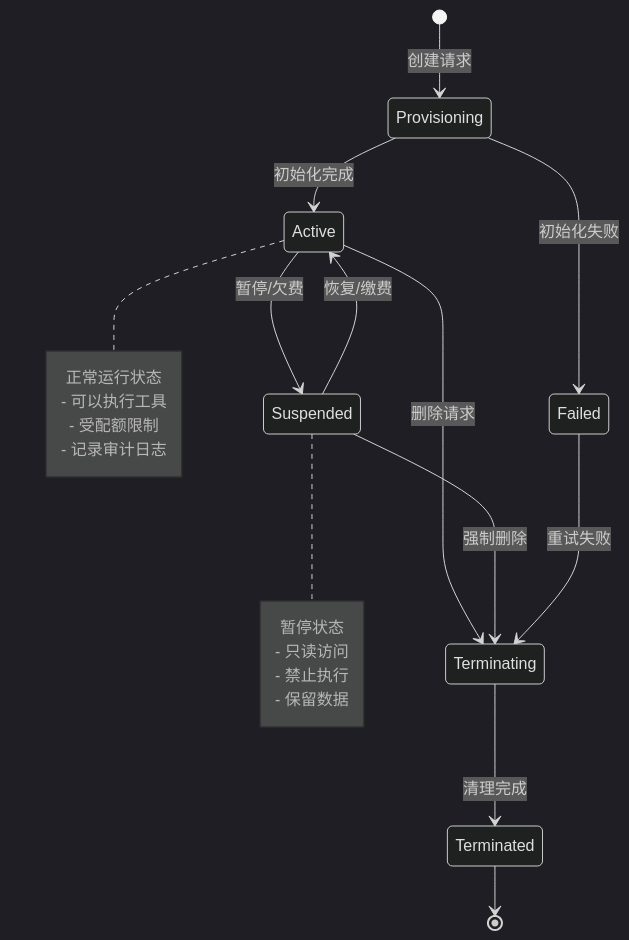
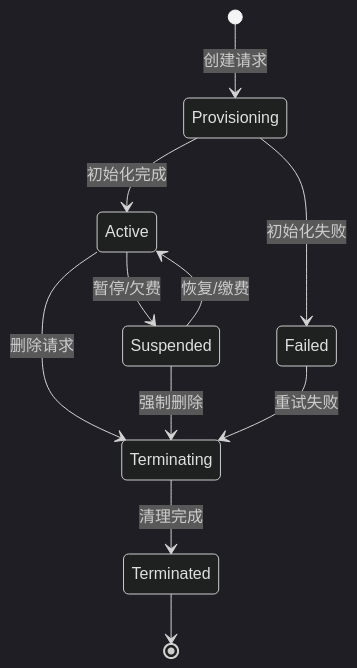
Before and after one commit to liudaac/hermes-agent-java: the tenth of 11 diagrams in docs/ARCHITECTURE.md, drawn with Mermaid (dark theme). The commit also changed other lines of this file and 31 other files, not shown here.

````diff
--- a/docs/ARCHITECTURE.md
+++ b/docs/ARCHITECTURE.md
@@ -957,32 +433,13 @@
 ```mermaid
 stateDiagram-v2
     [*] --> Provisioning: 创建请求
-    
     Provisioning --> Active: 初始化完成
     Provisioning --> Failed: 初始化失败
-    
     Active --> Suspended: 暂停/欠费
     Active --> Terminating: 删除请求
-    
     Suspended --> Active: 恢复/缴费
     Suspended --> Terminating: 强制删除
-    
     Terminating --> Terminated: 清理完成
     Failed --> Terminating: 重试失败
-    
     Terminated --> [*]
-    
-    note right of Active
-        正常运行状态
-        - 可以执行工具
-        - 受配额限制
-        - 记录审计日志
-    end note
-    
-    note right of Suspended
-        暂停状态
-        - 只读访问
-        - 禁止执行
-        - 保留数据
-    end note
 ```
````
